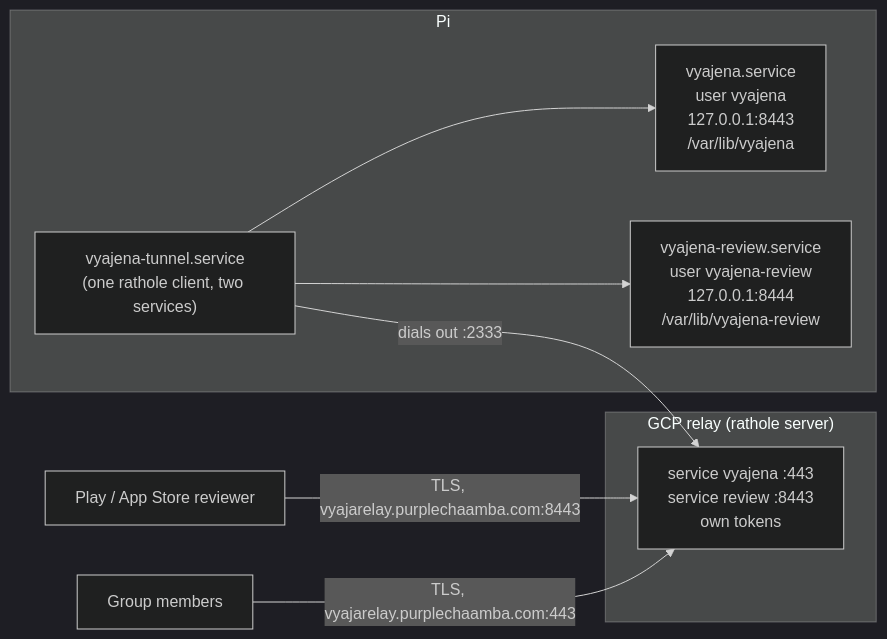
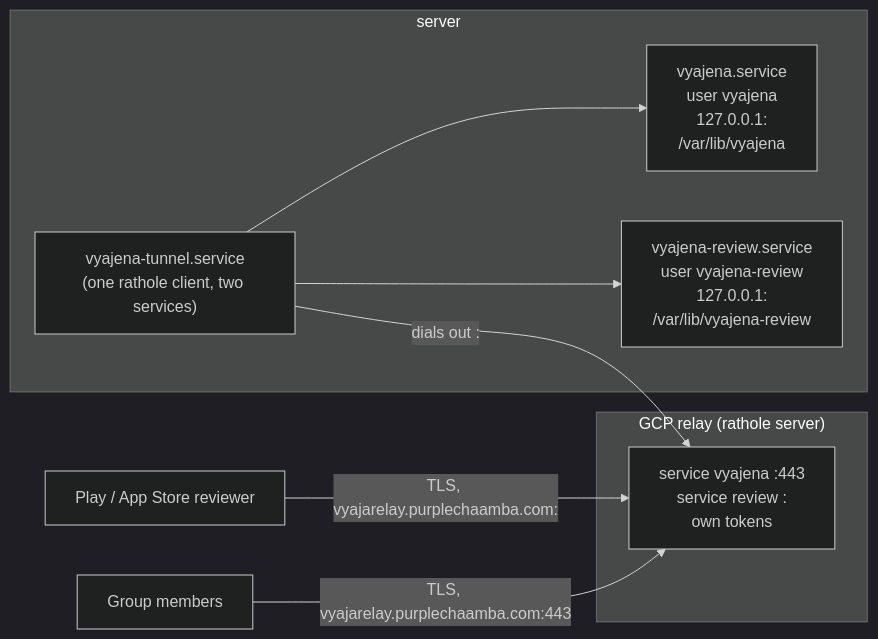
The diagram in openspec/changes/review-server/design.md (koppathachan/vyajena), drawn with Mermaid (dark theme) before and after one commit. The commit also changed other lines of this file and 437 other files, not shown here.

````diff
--- a/openspec/changes/review-server/design.md
+++ b/openspec/changes/review-server/design.md
@@ -25,16 +25,16 @@
 ```mermaid
 flowchart LR
-  r["Play / App Store reviewer"] -->|"TLS, vyajarelay.purplechaamba.com:8443"| relay
+  r["Play / App Store reviewer"] -->|"TLS, vyajarelay.purplechaamba.com:<review-port>"| relay
   u["Group members"] -->|"TLS, vyajarelay.purplechaamba.com:443"| relay
   subgraph gcp["GCP relay (rathole server)"]
-    relay["service vyajena :443<br/>service review :8443<br/>own tokens"]
+    relay["service vyajena :443<br/>service review :<review-port><br/>own tokens"]
   end
-  subgraph pi["Pi"]
+  subgraph server["server"]
     t["vyajena-tunnel.service<br/>(one rathole client, two services)"]
-    a["vyajena.service<br/>user vyajena<br/>127.0.0.1:8443<br/>/var/lib/vyajena"]
-    b["vyajena-review.service<br/>user vyajena-review<br/>127.0.0.1:8444<br/>/var/lib/vyajena-review"]
+    a["vyajena.service<br/>user vyajena<br/>127.0.0.1:<review-port><br/>/var/lib/vyajena"]
+    b["vyajena-review.service<br/>user vyajena-review<br/>127.0.0.1:<review-server-port><br/>/var/lib/vyajena-review"]
     t --> a
     t --> b
   end
-  t -->|"dials out :2333"| relay
+  t -->|"dials out :<tunnel-port>"| relay
 ```
````
